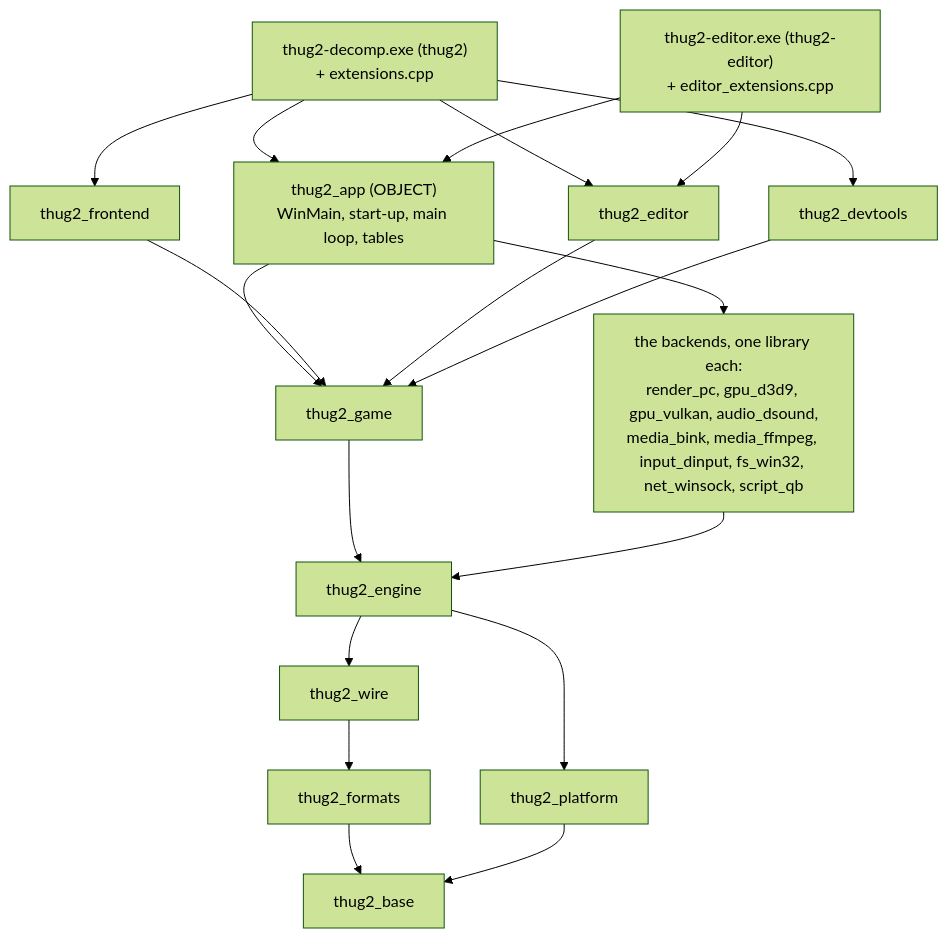
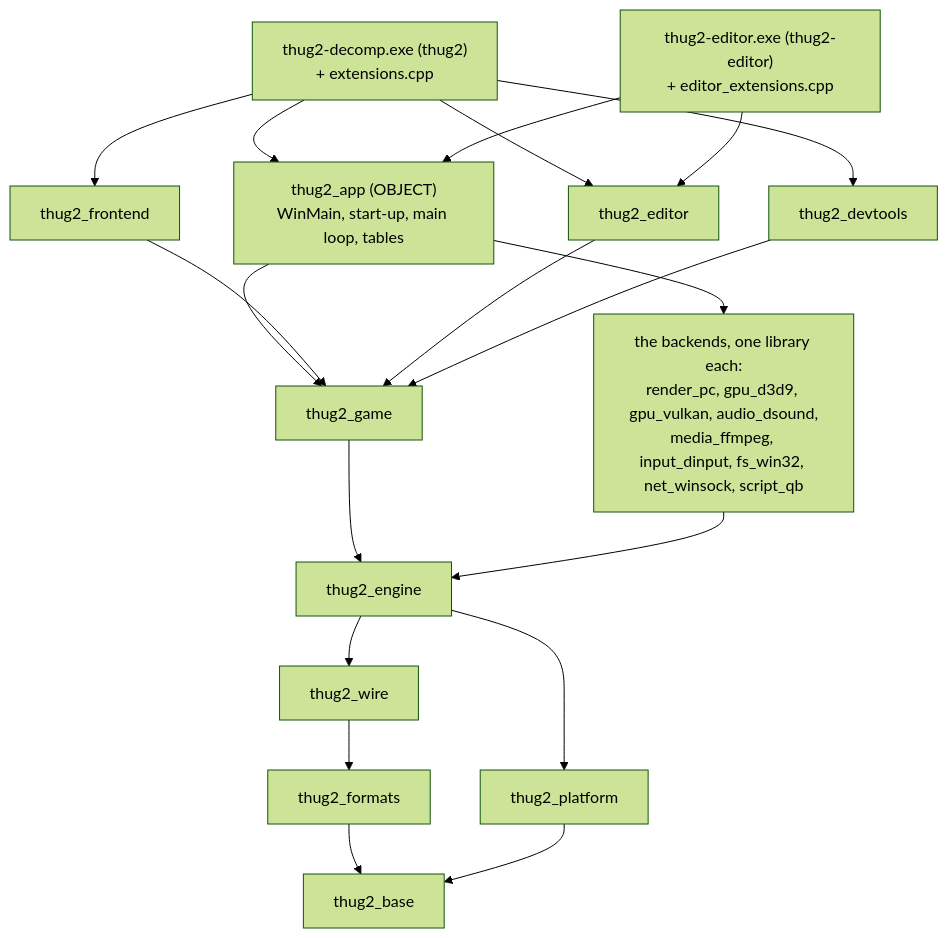
Before and after one commit to CanuckAussieKev/thug2-decomp: the diagram in docs/architecture.md, drawn with Mermaid (forest theme). The commit also changed other lines of this file and 44 other files, not shown here.

First line of the commit message:
Remove the Bink movie codec: FFmpeg is the only codec for movies and streams on the 32-bit and 64-bit builds

````diff
--- a/docs/architecture.md
+++ b/docs/architecture.md
@@ -159,35 +159,35 @@
 ```mermaid
 graph TD
     thug2["thug2-decomp.exe (thug2)<br/>+ extensions.cpp"]
     editorexe["thug2-editor.exe (thug2-editor)<br/>+ editor_extensions.cpp"]
     app["thug2_app (OBJECT)<br/>WinMain, start-up, main loop, tables"]
     frontend[thug2_frontend]
     editor[thug2_editor]
     devtools[thug2_devtools]
     game[thug2_game]
     engine[thug2_engine]
-    backends["the backends, one library each:<br/>render_pc, gpu_d3d9, gpu_vulkan, audio_dsound,<br/>media_bink, media_ffmpeg, input_dinput, fs_win32, net_winsock, script_qb"]
+    backends["the backends, one library each:<br/>render_pc, gpu_d3d9, gpu_vulkan, audio_dsound,<br/>media_ffmpeg, input_dinput, fs_win32, net_winsock, script_qb"]
     wire[thug2_wire]
     platform[thug2_platform]
     formats[thug2_formats]
     base[thug2_base]
 
     thug2 --> app
     thug2 --> frontend
     thug2 --> editor
     thug2 --> devtools
     editorexe --> app
     editorexe --> editor
     app --> game
     app --> backends
     frontend --> game
     editor --> game
     devtools --> game
     game --> engine
     backends --> engine
     engine --> wire
     engine --> platform
     wire --> formats
     formats --> base
     platform --> base
 ```
````
